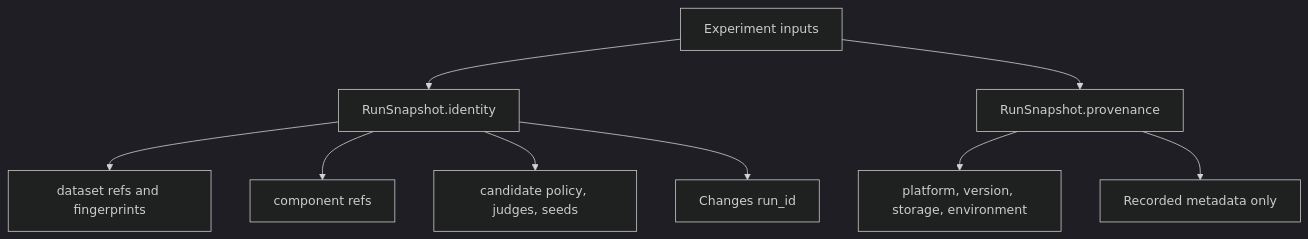
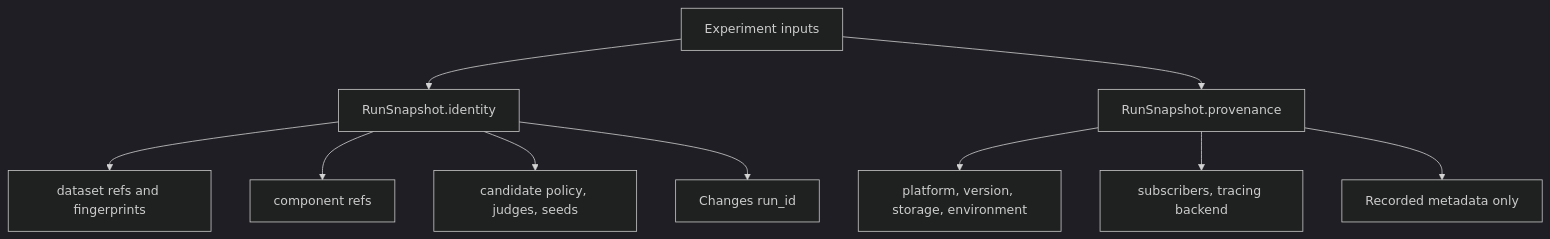
One commit to Pittawat2542/themis changed the diagram in docs/explanation/identity-vs-provenance.md. Above: the diagram before and after it, drawn with Mermaid (dark theme). The commit also changed other lines of this file and 18 other files, not shown here.

````diff
--- a/docs/explanation/identity-vs-provenance.md
+++ b/docs/explanation/identity-vs-provenance.md
@@ -20,11 +20,12 @@
 ```mermaid
 flowchart TD
     A["Experiment inputs"] --> B["RunSnapshot.identity"]
     A --> C["RunSnapshot.provenance"]
     B --> D["dataset refs and fingerprints"]
     B --> E["component refs"]
     B --> F["candidate policy, judges, seeds"]
     C --> G["platform, version, storage, environment"]
+    C --> J["subscribers, tracing backend"]
     B --> H["Changes run_id"]
     C --> I["Recorded metadata only"]
 ```
````
